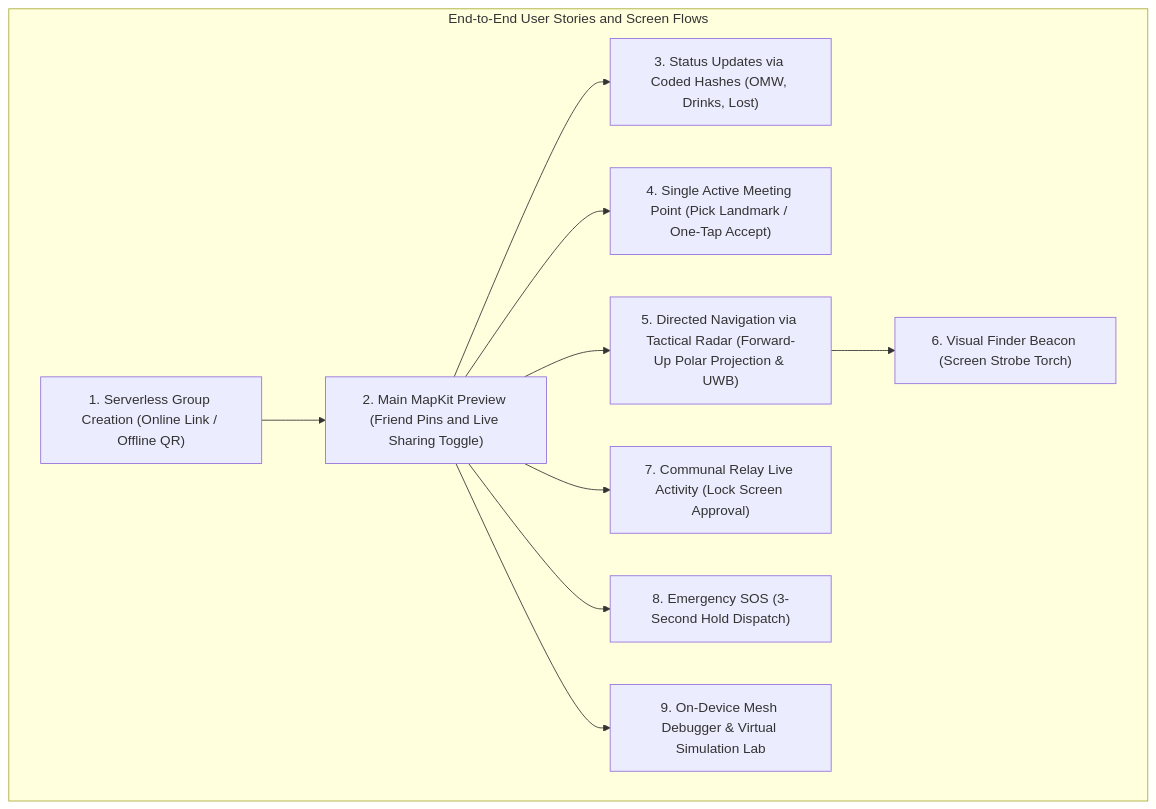
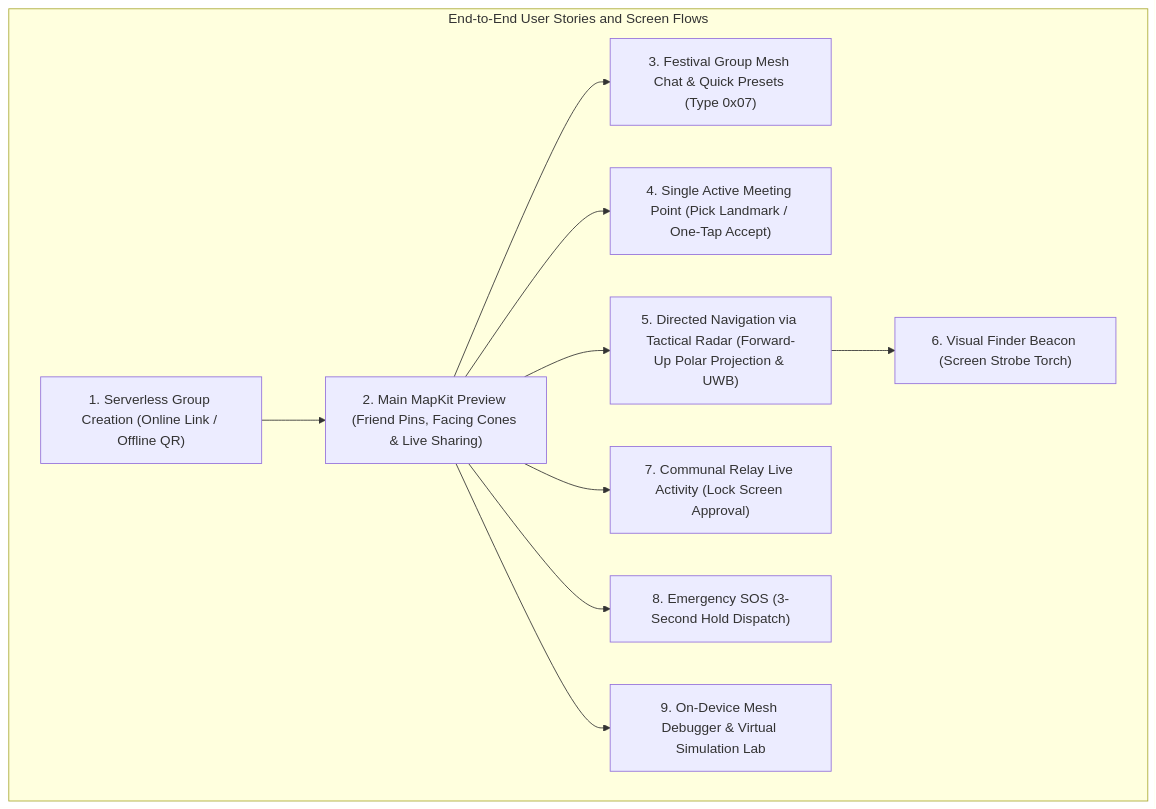
Before and after one commit to Someonelse2309/TeeKum-Prototype: the first of 2 diagrams in docs/agent.md, drawn with Mermaid. The commit also changed other lines of this file and 36 other files, not shown here.

````diff
--- a/docs/agent.md
+++ b/docs/agent.md
@@ -144,23 +137,23 @@
 ```mermaid
 graph TD
     subgraph UserStories ["End-to-End User Stories and Screen Flows"]
         US1["1. Serverless Group Creation (Online Link / Offline QR)"]
-        US2["2. Main MapKit Preview (Friend Pins and Live Sharing Toggle)"]
-        US3["3. Status Updates via Coded Hashes (OMW, Drinks, Lost)"]
+        US2["2. Main MapKit Preview (Friend Pins, Facing Cones & Live Sharing)"]
+        US3["3. Festival Group Mesh Chat & Quick Presets (Type 0x07)"]
         US4["4. Single Active Meeting Point (Pick Landmark / One-Tap Accept)"]
         US5["5. Directed Navigation via Tactical Radar (Forward-Up Polar Projection & UWB)"]
         US6["6. Visual Finder Beacon (Screen Strobe Torch)"]
         US7["7. Communal Relay Live Activity (Lock Screen Approval)"]
         US8["8. Emergency SOS (3-Second Hold Dispatch)"]
         US9["9. On-Device Mesh Debugger & Virtual Simulation Lab"]
 
         US1 --> US2
         US2 --> US3
         US2 --> US4
         US2 --> US5
         US5 --> US6
         US2 --> US7
         US2 --> US8
         US2 --> US9
     end
 ```
````
